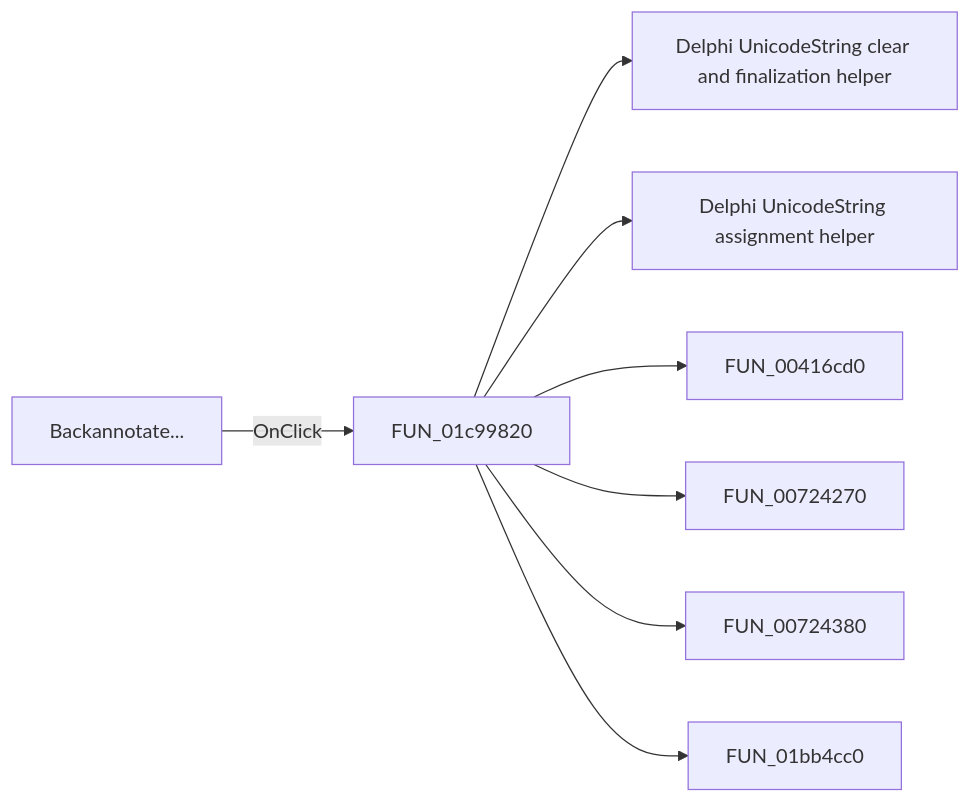
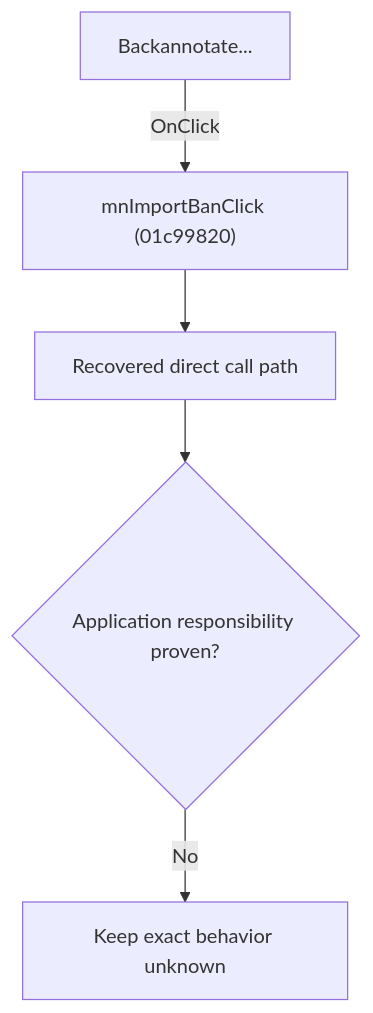
One commit to MovGP0/TIARA changed the diagram in docs/ui-controls/schematiceditor/mnimportban-bab9d71339.md. Above: the diagram before and after it, drawn with Mermaid. The commit also changed other lines of this file and 1062 other files, not shown here.

````diff
--- a/docs/ui-controls/schematiceditor/mnimportban-bab9d71339.md
+++ b/docs/ui-controls/schematiceditor/mnimportban-bab9d71339.md
@@ -27,10 +27,7 @@
 ```mermaid
-flowchart LR
-    control["Backannotate..."] -->|OnClick| handler["FUN_01c99820"]
-    handler --> call1["Delphi UnicodeString clear and finalization helper"]
-    handler --> call2["Delphi UnicodeString assignment helper"]
-    handler --> call3["FUN_00416cd0"]
-    handler --> call4["FUN_00724270"]
-    handler --> call5["FUN_00724380"]
-    handler --> call6["FUN_01bb4cc0"]
+flowchart TD
+    control["Backannotate..."] -->|"OnClick"| handler["mnImportBanClick (01c99820)"]
+    handler --> recovered["Recovered direct call path"]
+    recovered --> gap{"Application responsibility proven?"}
+    gap -->|"No"| blocked["Keep exact behavior unknown"]
 ```
````
